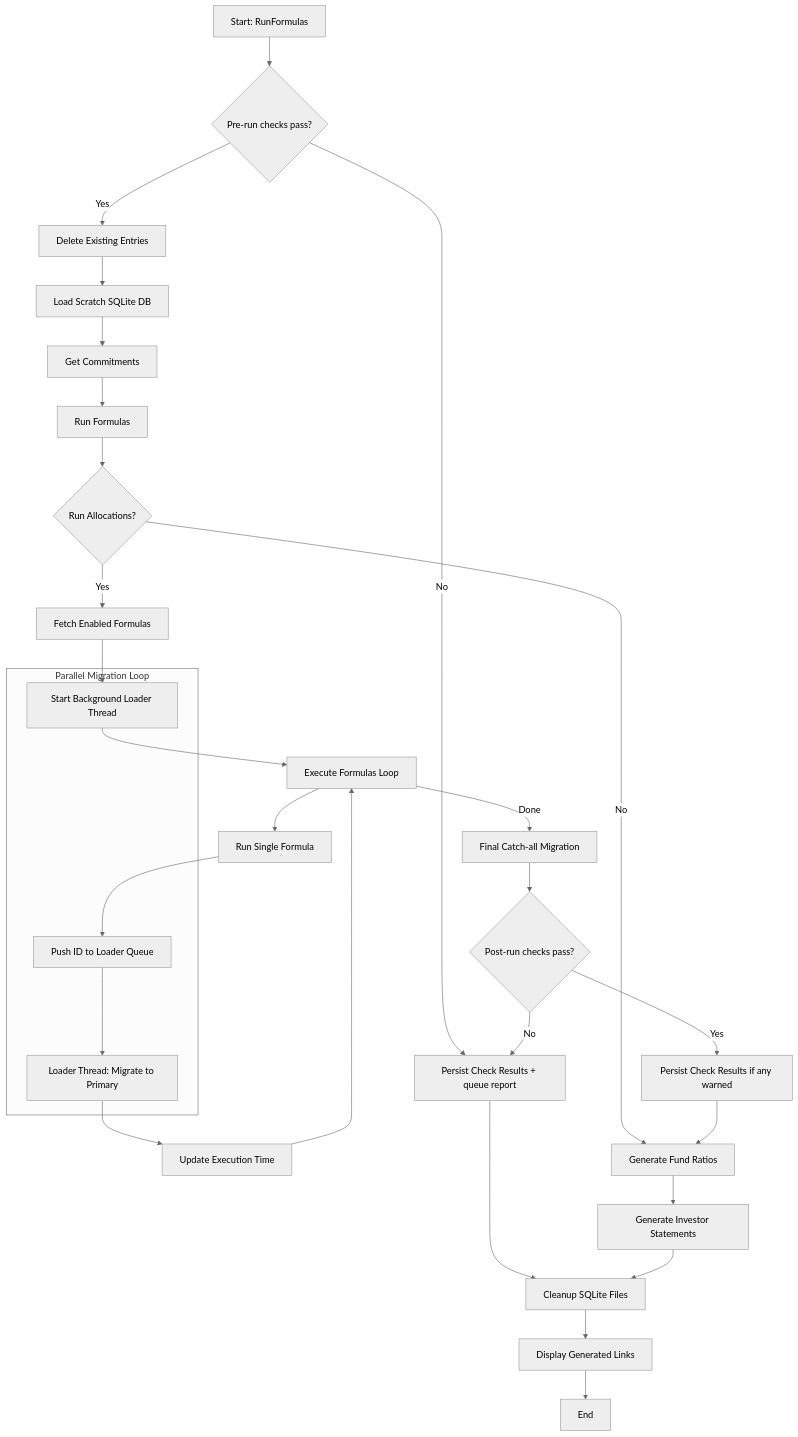
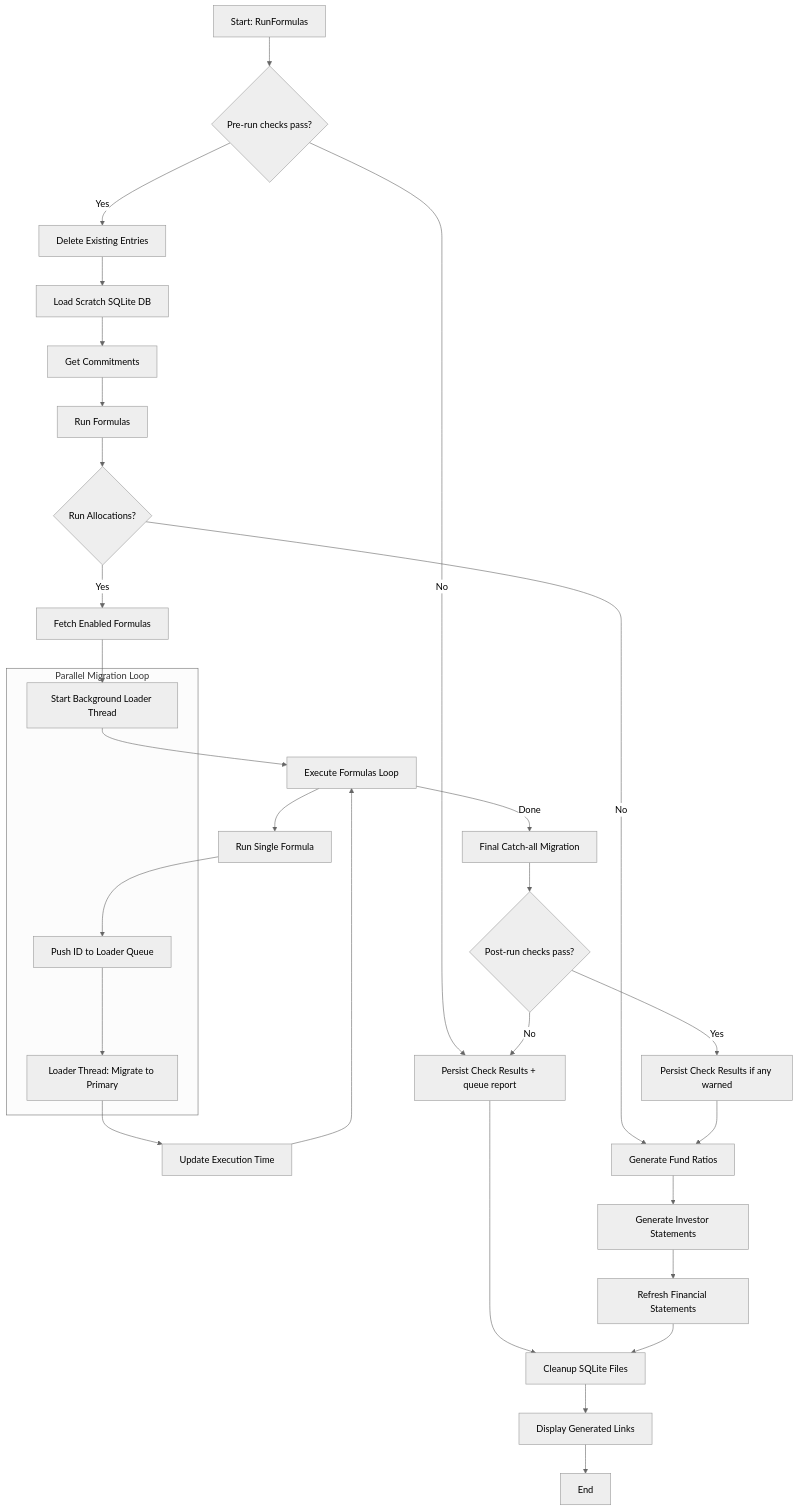
The first of 2 diagrams in app/packs/allocation_engine/account_entry_allocation/run_formulas.md (sampadadiwan/IRM_CompanyMain), drawn with Mermaid (neutral theme) before and after one commit. The commit also changed other lines of this file and 104 other files, not shown here.

First line of the commit message:
Fund financial statements from account entries (#1798)

````diff
--- a/app/packs/allocation_engine/account_entry_allocation/run_formulas.md
+++ b/app/packs/allocation_engine/account_entry_allocation/run_formulas.md
@@ -11,35 +11,36 @@
 ```mermaid
 graph TD
     A[Start: RunFormulas] --> PRE{Pre-run checks pass?}
     PRE -- Yes --> B[Delete Existing Entries]
     PRE -- No --> PCR[Persist Check Results + queue report]
     PCR --> Q
     B --> C[Load Scratch SQLite DB]
     C --> D[Get Commitments]
     D --> E[Run Formulas]
     E --> F{Run Allocations?}
     F -- Yes --> G[Fetch Enabled Formulas]
     G --> H[Start Background Loader Thread]
     H --> I[Execute Formulas Loop]
     I --> J[Run Single Formula]
     J --> K[Push ID to Loader Queue]
     K --> L[Loader Thread: Migrate to Primary]
     L --> M[Update Execution Time]
     M --> I
     I -- Done --> N[Final Catch-all Migration]
     F -- No --> O[Generate Fund Ratios]
     N --> POST{Post-run checks pass?}
     POST -- Yes --> PCS[Persist Check Results if any warned]
     PCS --> O
     POST -- No --> PCR
     O --> P[Generate Investor Statements]
-    P --> Q[Cleanup SQLite Files]
+    P --> FS[Refresh Financial Statements]
+    FS --> Q[Cleanup SQLite Files]
     Q --> R[Display Generated Links]
     R --> S[End]
 
     subgraph "Parallel Migration Loop"
     H
     K
     L
     end
 ```
````
